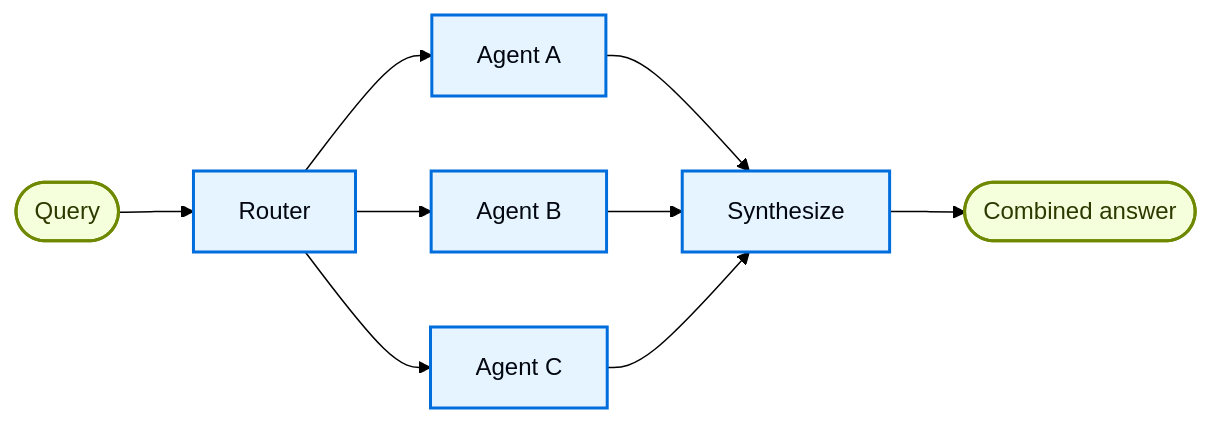
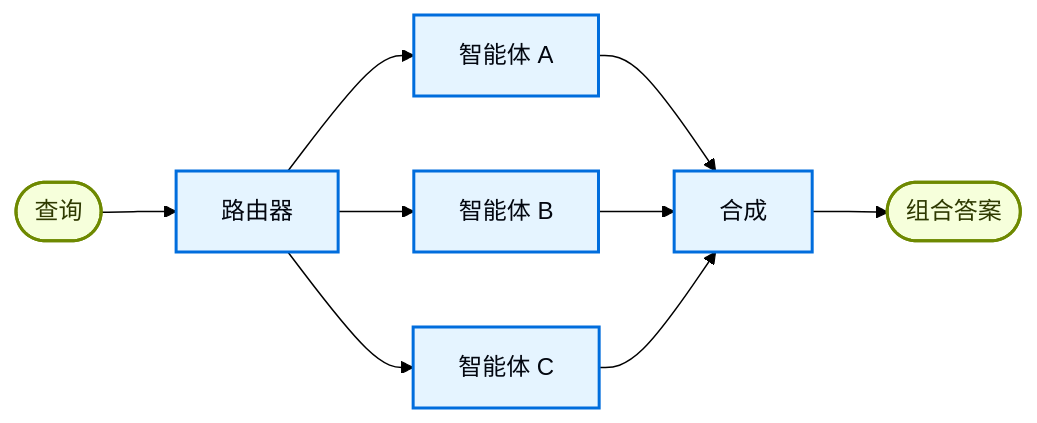
The diagram in oss/javascript/langchain/multi-agent/router.mdx (CodeFly16/langchain-cn-doc), drawn with Mermaid (forest theme) before and after one commit. The commit also changed other lines of this file and 106 other files, not shown here.

````diff
--- a/oss/javascript/langchain/multi-agent/router.mdx
+++ b/oss/javascript/langchain/multi-agent/router.mdx
@@ -7,17 +7,17 @@
 ```mermaid
 graph LR
-    A([Query]) --> B[Router]
-    B --> C[Agent A]
-    B --> D[Agent B]
-    B --> E[Agent C]
-    C --> F[Synthesize]
+    A([查询]) --> B[路由器]
+    B --> C[智能体 A]
+    B --> D[智能体 B]
+    B --> E[智能体 C]
+    C --> F[合成]
     D --> F
     E --> F
-    F --> G([Combined answer])
+    F --> G([组合答案])
 
     classDef trigger fill:#F6FFDB,stroke:#6E8900,stroke-width:2px,color:#2E3900
     classDef process fill:#E5F4FF,stroke:#006DDD,stroke-width:2px,color:#030710
 
     class A,G trigger
     class B,C,D,E,F process
 ```
````
